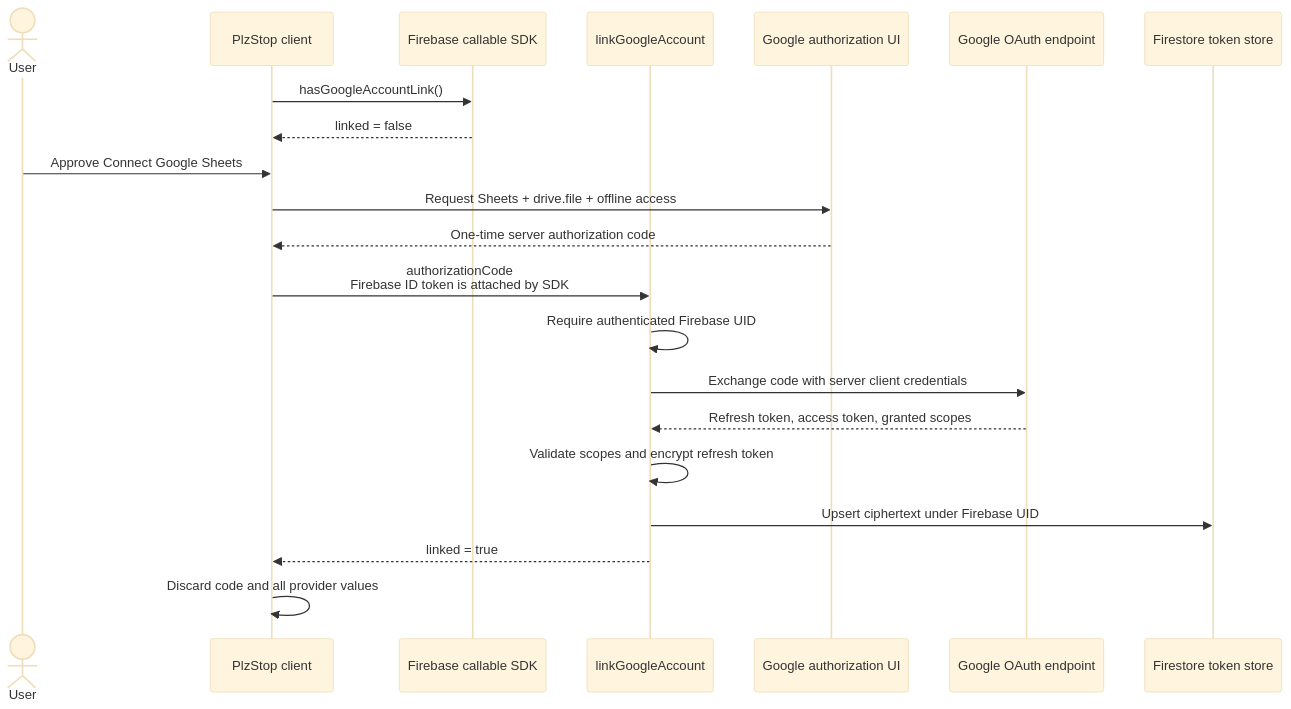
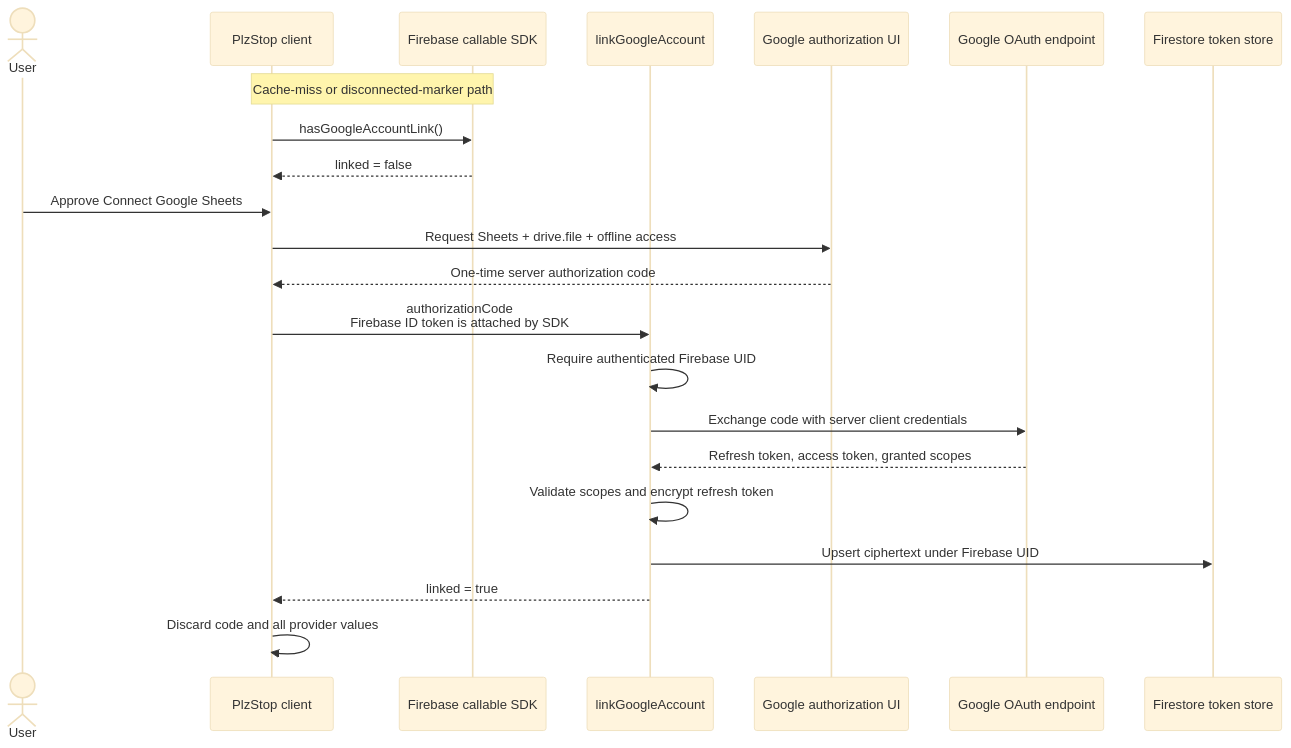
Before and after one commit to dzmitreydanilov/PlzStop: the fourth of 6 diagrams in openspec/changes/define-export-token-lifecycle/design.md, drawn with Mermaid (base theme). The commit also changed other lines of this file and 14 other files, not shown here.

Commit message:
feat: update export flow

````diff
--- a/openspec/changes/define-export-token-lifecycle/design.md
+++ b/openspec/changes/define-export-token-lifecycle/design.md
@@ -167,24 +168,25 @@
 ```mermaid
 sequenceDiagram
     actor User
     participant App as PlzStop client
     participant Auth as Firebase callable SDK
     participant LinkFn as linkGoogleAccount
     participant Google as Google authorization UI
     participant OAuth as Google OAuth endpoint
     participant Store as Firestore token store
 
+    Note over App,Auth: Cache-miss or disconnected-marker path
     App->>Auth: hasGoogleAccountLink()
     Auth-->>App: linked = false
     User->>App: Approve Connect Google Sheets
     App->>Google: Request Sheets + drive.file + offline access
     Google-->>App: One-time server authorization code
     App->>LinkFn: authorizationCode<br/>Firebase ID token is attached by SDK
     LinkFn->>LinkFn: Require authenticated Firebase UID
     LinkFn->>OAuth: Exchange code with server client credentials
     OAuth-->>LinkFn: Refresh token, access token, granted scopes
     LinkFn->>LinkFn: Validate scopes and encrypt refresh token
     LinkFn->>Store: Upsert ciphertext under Firebase UID
     LinkFn-->>App: linked = true
     App->>App: Discard code and all provider values
 ```
````
